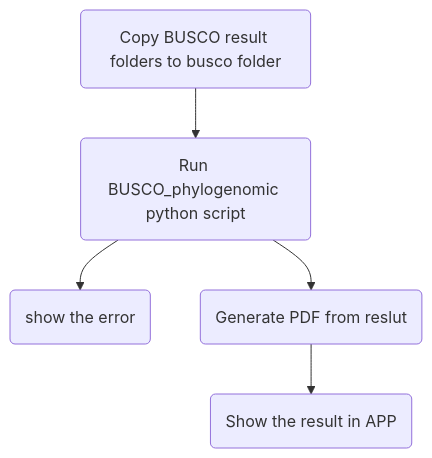
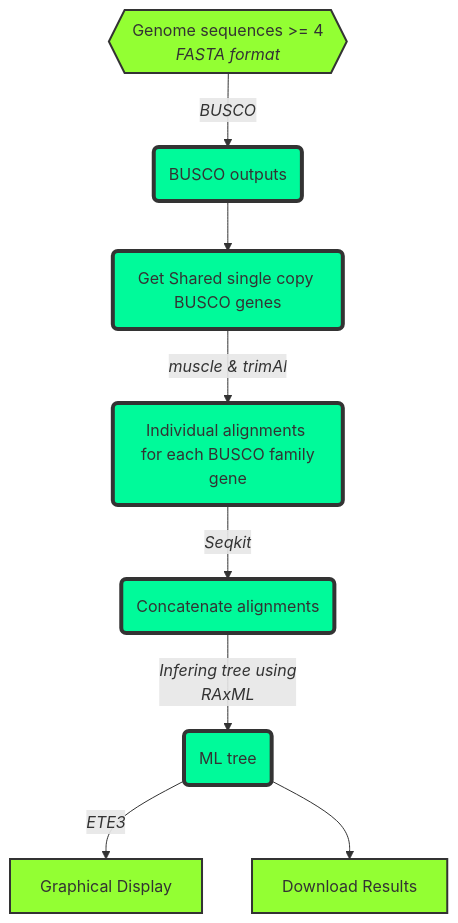
The diagram in README.md (alaesahbou/BuscoPhylo), drawn with Mermaid before and after one commit. The commit also changed other lines of this file and 5 other files, not shown here.

````diff
--- a/README.md
+++ b/README.md
@@ -76,9 +7,17 @@
 ```mermaid
 graph TD
-    Z(Copy BUSCO result folders to busco folder) --> A(Run BUSCO_phylogenomic python script)
-    A --> C(show the error)
-    A --> D(Generate PDF from reslut) --> X(Show the result in APP)
     
-     classDef green fill:#9f6,color:#fff,stroke:#333,stroke-width:2px
-     classDef orange fill:#f96,color:#fff,stroke:#333,stroke-width:4px
-```
+    a{{Genome sequences >= 4 <br> <i>FASTA format}} -- <i>BUSCO --> b(BUSCO outputs)
+    b --> c(Get Shared single copy BUSCO genes)
+    c --> |<i>muscle & trimAl| d(Individual alignments <br> for each BUSCO family gene)
+    d -- <i>Seqkit --> e(Concatenate alignments)
+    e --> |<i>Infering tree using <br>RAxML| f(ML tree)
+    f --> |<i>ETE3| g[Graphical Display]
+    f --> h[Download Results]
+ 
+        classDef green fill:#93FF33,stroke:#333,stroke-width:2px
+        classDef blue fill:#00FA9A,stroke:#333,stroke-width:4px
+       
+        class g,a,h green
+        class b,c,d,e,f blue
+ ```      
````
